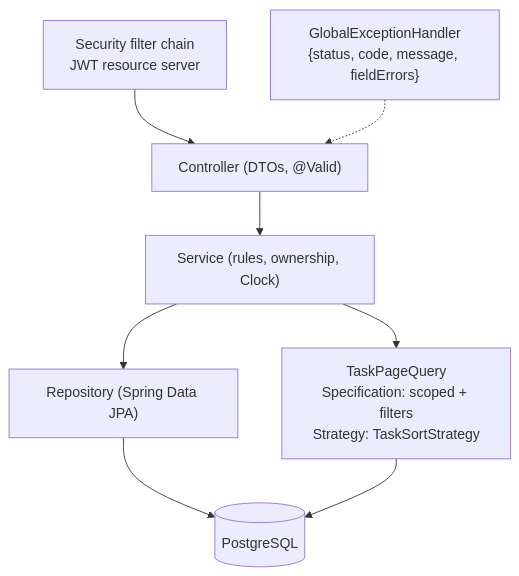
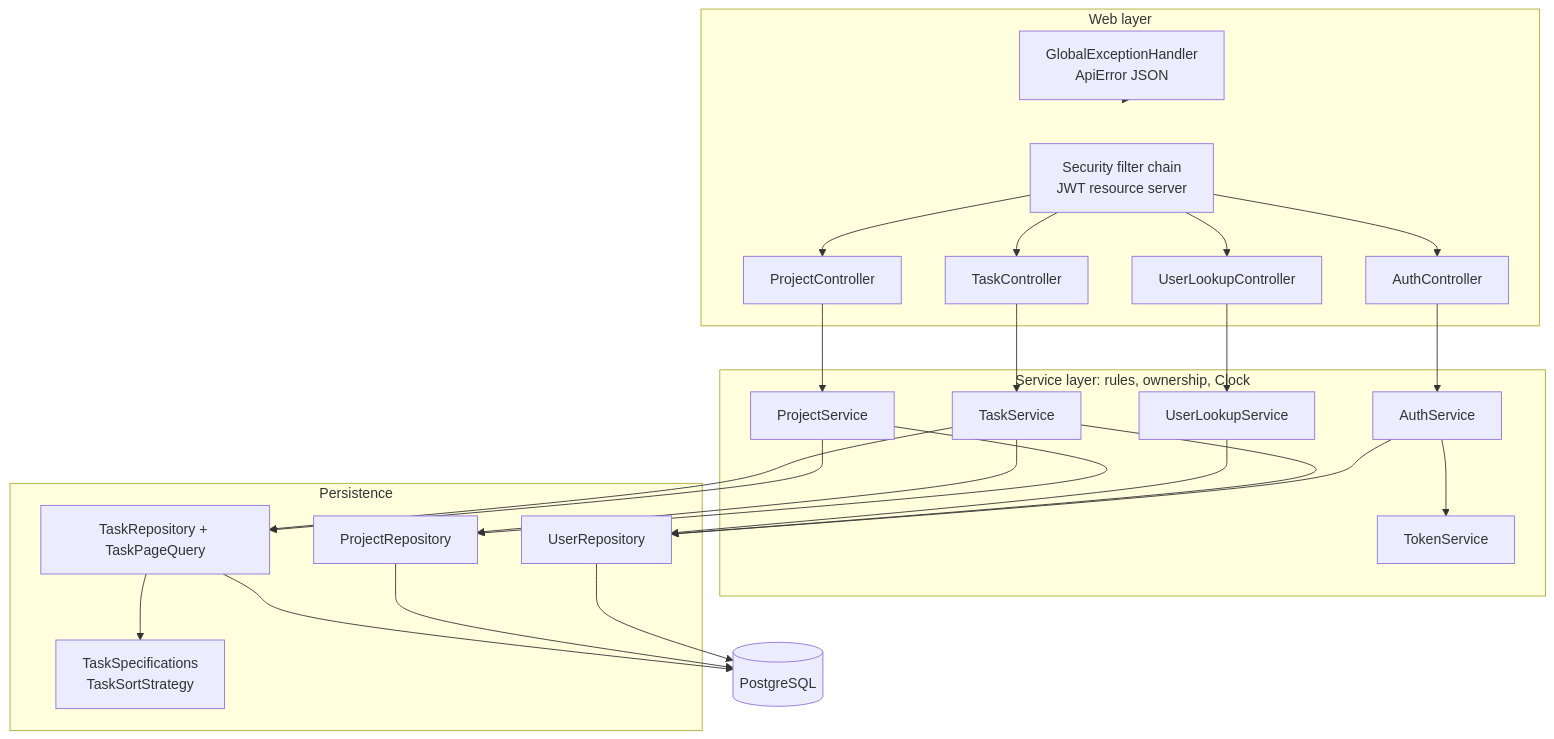
One commit to chaudhary-lakshay/taskflow changed the second of 14 diagrams in docs/diagrams/architecture.md. Above: the diagram before and after it, drawn with Mermaid. The commit also changed other lines of this file and 3 other files, not shown here.

Commit message:
docs: add as-built diagrams, fix stale status

````diff
--- a/docs/diagrams/architecture.md
+++ b/docs/diagrams/architecture.md
@@ -13,10 +14,37 @@
 ```mermaid
 flowchart TB
-  C["Controller (DTOs, @Valid)"] --> S["Service (rules, ownership, Clock)"]
-  S --> R["Repository (Spring Data JPA)"]
-  S --> Q["TaskPageQuery\nSpecification: scoped + filters\nStrategy: TaskSortStrategy"]
-  R --> DB[(PostgreSQL)]
-  Q --> DB
-  SEC["Security filter chain\nJWT resource server"] --> C
-  EX["GlobalExceptionHandler\n{status, code, message, fieldErrors}"] -.-> C
+  subgraph web["Web layer"]
+    SEC["Security filter chain\nJWT resource server"]
+    AC[AuthController]
+    PC[ProjectController]
+    TC[TaskController]
+    UC[UserLookupController]
+    EX["GlobalExceptionHandler\nApiError JSON"]
+  end
+  subgraph svc["Service layer: rules, ownership, Clock"]
+    AS[AuthService]
+    PS[ProjectService]
+    TS[TaskService]
+    US[UserLookupService]
+    TK[TokenService]
+  end
+  subgraph data["Persistence"]
+    UR[UserRepository]
+    PR[ProjectRepository]
+    TR["TaskRepository + TaskPageQuery"]
+    SP["TaskSpecifications\nTaskSortStrategy"]
+  end
+  DB[("PostgreSQL")]
+  SEC --> AC & PC & TC & UC
+  AC --> AS --> UR
+  AS --> TK
+  PC --> PS --> PR
+  PS --> TR
+  TC --> TS --> PR
+  TS --> TR
+  TS --> UR
+  UC --> US --> UR
+  TR --> SP
+  UR & PR & TR --> DB
+  EX -.-> web
 ```
````
